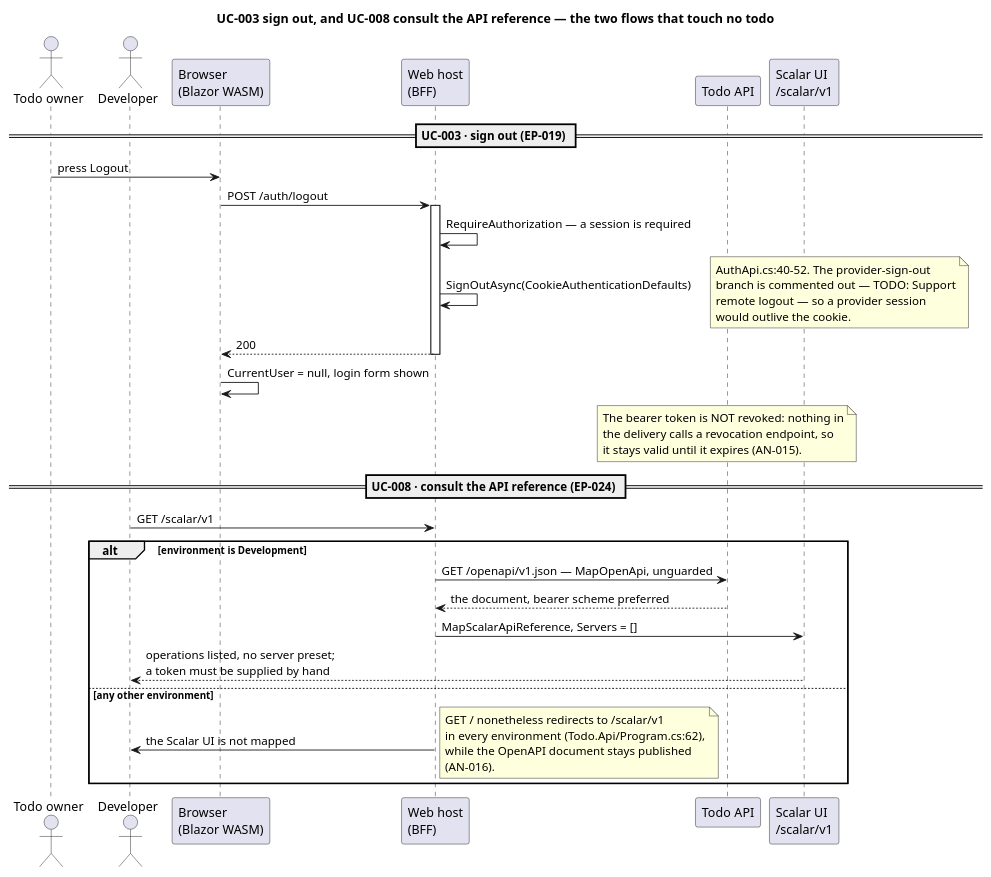
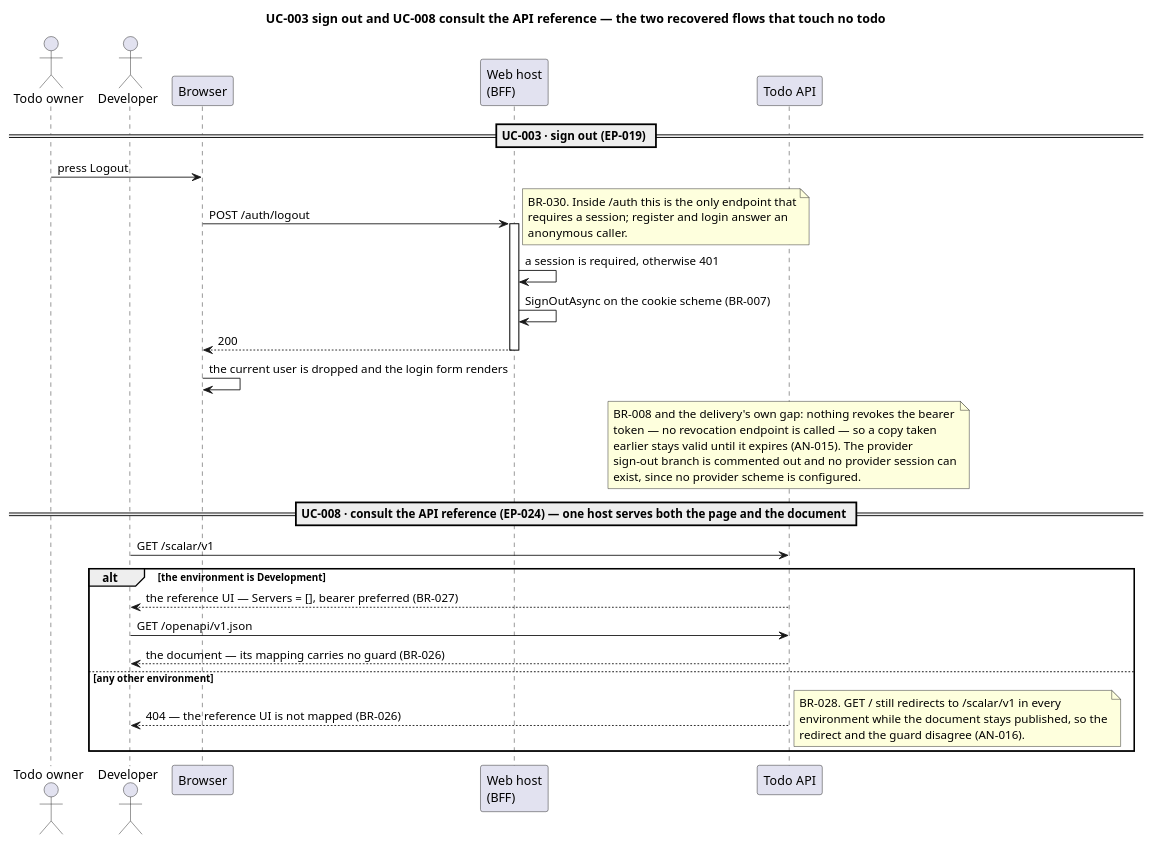
One commit to banense-test/TodoApp changed the third of 5 diagrams in docs/artifacts/requirements/use-case-model.md. Above: the diagram before and after it, drawn with PlantUML. The commit also changed other lines of this file, not shown here.

````diff
--- a/docs/artifacts/requirements/use-case-model.md
+++ b/docs/artifacts/requirements/use-case-model.md
@@ -236,52 +249,50 @@
 ```plantuml
 @startuml
-title UC-003 sign out, and UC-008 consult the API reference — the two flows that touch no todo
+title UC-003 sign out and UC-008 consult the API reference — the two recovered flows that touch no todo
 skinparam shadowing false
 skinparam defaultTextAlignment left
 
 actor "Todo owner" as U
 actor "Developer" as DEV
-participant "Browser\n(Blazor WASM)" as B
+participant "Browser" as B
 participant "Web host\n(BFF)" as W
 participant "Todo API" as A
-participant "Scalar UI\n/scalar/v1" as S
 
 == UC-003 · sign out (EP-019) ==
 U -> B : press Logout
 B -> W : POST /auth/logout
 activate W
-W -> W : RequireAuthorization — a session is required
-W -> W : SignOutAsync(CookieAuthenticationDefaults)
 note right
-  AuthApi.cs:40-52. The provider-sign-out
-  branch is commented out — TODO: Support
-  remote logout — so a provider session
-  would outlive the cookie.
+  BR-030. Inside /auth this is the only endpoint that
+  requires a session; register and login answer an
+  anonymous caller.
 end note
+W -> W : a session is required, otherwise 401
+W -> W : SignOutAsync on the cookie scheme (BR-007)
 W --> B : 200
 deactivate W
-B -> B : CurrentUser = null, login form shown
+B -> B : the current user is dropped and the login form renders
 note over A
-  The bearer token is NOT revoked: nothing in
-  the delivery calls a revocation endpoint, so
-  it stays valid until it expires (AN-015).
+  BR-008 and the delivery's own gap: nothing revokes the bearer
+  token — no revocation endpoint is called — so a copy taken
+  earlier stays valid until it expires (AN-015). The provider
+  sign-out branch is commented out and no provider session can
+  exist, since no provider scheme is configured.
 end note
 
-== UC-008 · consult the API reference (EP-024) ==
-DEV -> W : GET /scalar/v1
-alt environment is Development
-  W -> A : GET /openapi/v1.json — MapOpenApi, unguarded
-  A --> W : the document, bearer scheme preferred
-  W -> S : MapScalarApiReference, Servers = []
-  S --> DEV : operations listed, no server preset;\na token must be supplied by hand
+== UC-008 · consult the API reference (EP-024) — one host serves both the page and the document ==
+DEV -> A : GET /scalar/v1
+alt the environment is Development
+  A --> DEV : the reference UI — Servers = [], bearer preferred (BR-027)
+  DEV -> A : GET /openapi/v1.json
+  A --> DEV : the document — its mapping carries no guard (BR-026)
 else any other environment
-  W -> DEV : the Scalar UI is not mapped
+  A --> DEV : 404 — the reference UI is not mapped (BR-026)
   note right
-    GET / nonetheless redirects to /scalar/v1
-    in every environment (Todo.Api/Program.cs:62),
-    while the OpenAPI document stays published
-    (AN-016).
+    BR-028. GET / still redirects to /scalar/v1 in every
+    environment while the document stays published, so the
+    redirect and the guard disagree (AN-016).
   end note
 end
 @enduml
 ```
````
